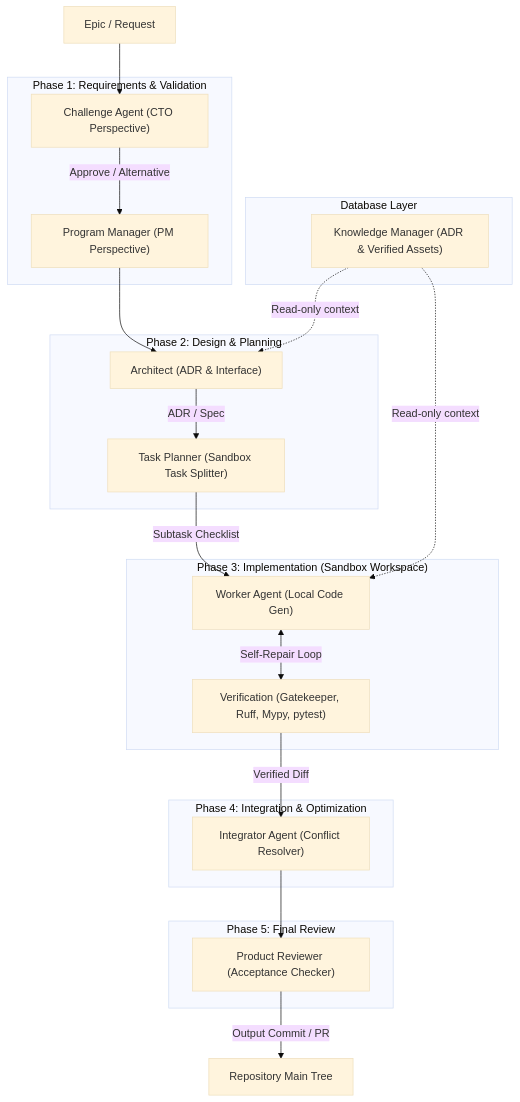
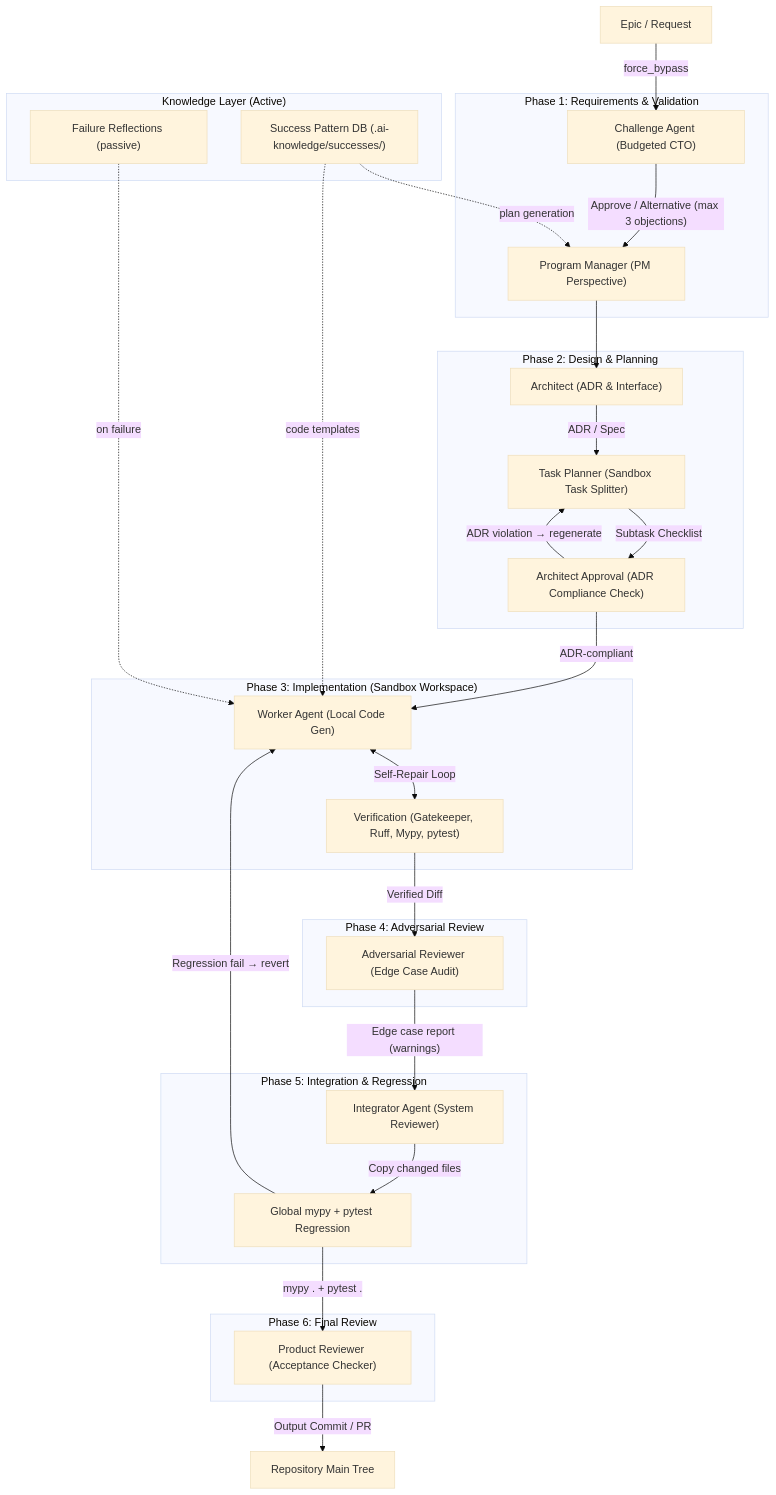
Before and after one commit to tsuyama1990/3tier-ai-dev: the diagram in docs/organization_design.md, drawn with Mermaid (base theme). The commit also changed other lines of this file and 19 other files, not shown here.

Commit message:
Update docs, fix ruff/mypy/pytest, add .gitignore for decisions/

````diff
--- a/docs/organization_design.md
+++ b/docs/organization_design.md
@@ -11,41 +13,54 @@
 ```mermaid
 flowchart TD
     subgraph "Phase 1: Requirements & Validation"
-        Challenge["Challenge Agent (CTO Perspective)"]
+        Challenge["Challenge Agent (Budgeted CTO)"]
         PM["Program Manager (PM Perspective)"]
     end
 
     subgraph "Phase 2: Design & Planning"
         Arch["Architect (ADR & Interface)"]
         Planner["Task Planner (Sandbox Task Splitter)"]
+        ArchApproval["Architect Approval (ADR Compliance Check)"]
     end
 
     subgraph "Phase 3: Implementation (Sandbox Workspace)"
         Worker["Worker Agent (Local Code Gen)"]
         Verify["Verification (Gatekeeper, Ruff, Mypy, pytest)"]
     end
 
-    subgraph "Phase 4: Integration & Optimization"
-        Integrator["Integrator Agent (Conflict Resolver)"]
+    subgraph "Phase 4: Adversarial Review"
+        AdvReview["Adversarial Reviewer (Edge Case Audit)"]
     end
 
-    subgraph "Phase 5: Final Review"
+    subgraph "Phase 5: Integration & Regression"
+        Integrator["Integrator Agent (System Reviewer)"]
+        CrossModule["Global mypy + pytest Regression"]
+    end
+
+    subgraph "Phase 6: Final Review"
         Reviewer["Product Reviewer (Acceptance Checker)"]
     end
 
-    Input[Epic / Request] --> Challenge
-    Challenge -->|Approve / Alternative| PM
+    Input[Epic / Request] -->|force_bypass| Challenge
+    Challenge -->|"Approve / Alternative (max 3 objections)"| PM
     PM --> Arch
     Arch -->|ADR / Spec| Planner
-    Planner -->|Subtask Checklist| Worker
+    Planner -->|Subtask Checklist| ArchApproval
+    ArchApproval -->|ADR-compliant| Worker
+    ArchApproval -->|"ADR violation → regenerate"| Planner
     Worker <-->|Self-Repair Loop| Verify
-    Verify -->|Verified Diff| Integrator
-    Integrator --> Reviewer
+    Verify -->|Verified Diff| AdvReview
+    AdvReview -->|"Edge case report (warnings)"| Integrator
+    Integrator -->|Copy changed files| CrossModule
+    CrossModule -->|"mypy . + pytest ."| Reviewer
+    CrossModule -->|"Regression fail → revert"| Worker
     Reviewer -->|Output Commit / PR| Output[Repository Main Tree]
 
-    subgraph "Database Layer"
-        KM["Knowledge Manager (ADR & Verified Assets)"]
+    subgraph "Knowledge Layer (Active)"
+        KM_Fail["Failure Reflections (passive)"]
+        KM_Success["Success Pattern DB (.ai-knowledge/successes/)"]
     end
-    KM -.->|Read-only context| Worker
-    KM -.->|Read-only context| Arch
+    KM_Fail -.->|"on failure"| Worker
+    KM_Success -.->|"plan generation"| PM
+    KM_Success -.->|"code templates"| Worker
 ```
````
